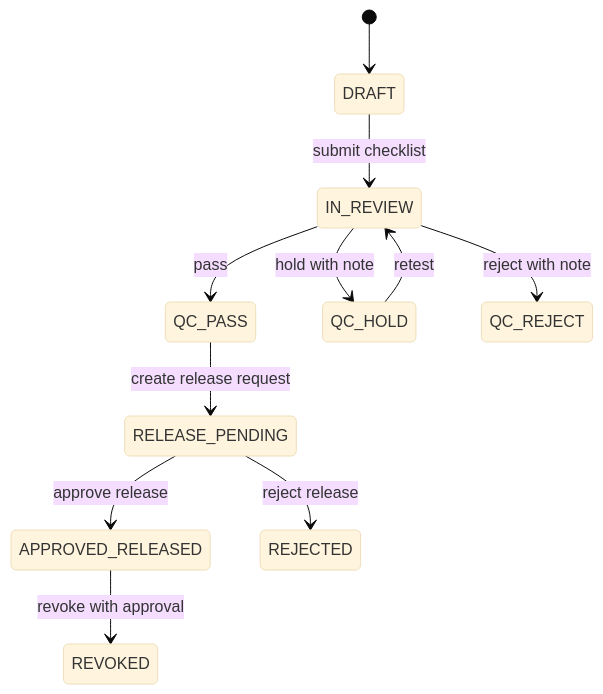
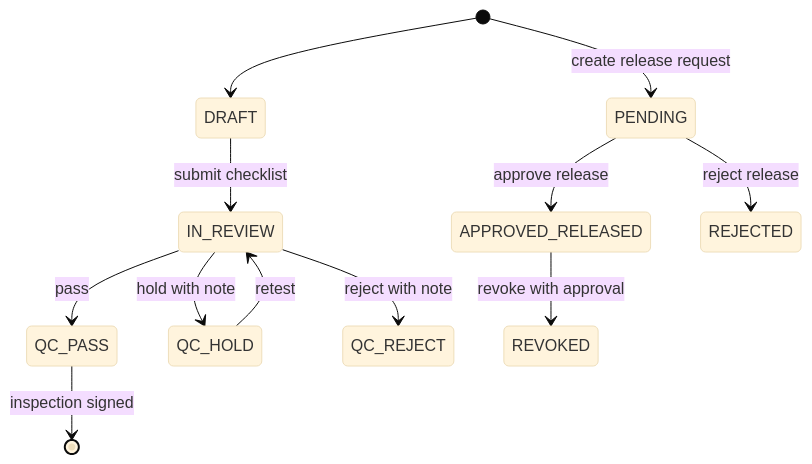
The first of 2 diagrams in docs/software-specs/modules/09_QC_RELEASE.md (ngquoctoan2001/Ginsengfood-Operational-System), drawn with Mermaid (base theme) before and after one commit. The commit also changed other lines of this file and 125 other files, not shown here.

````diff
--- a/docs/software-specs/modules/09_QC_RELEASE.md
+++ b/docs/software-specs/modules/09_QC_RELEASE.md
@@ -90,13 +90,14 @@
 ```mermaid
 stateDiagram-v2
     [*] --> DRAFT
     DRAFT --> IN_REVIEW: submit checklist
     IN_REVIEW --> QC_PASS: pass
     IN_REVIEW --> QC_HOLD: hold with note
     IN_REVIEW --> QC_REJECT: reject with note
     QC_HOLD --> IN_REVIEW: retest
-    QC_PASS --> RELEASE_PENDING: create release request
-    RELEASE_PENDING --> APPROVED_RELEASED: approve release
-    RELEASE_PENDING --> REJECTED: reject release
+    QC_PASS --> [*]: inspection signed
+    [*] --> PENDING: create release request
+    PENDING --> APPROVED_RELEASED: approve release
+    PENDING --> REJECTED: reject release
     APPROVED_RELEASED --> REVOKED: revoke with approval
 ```
````
